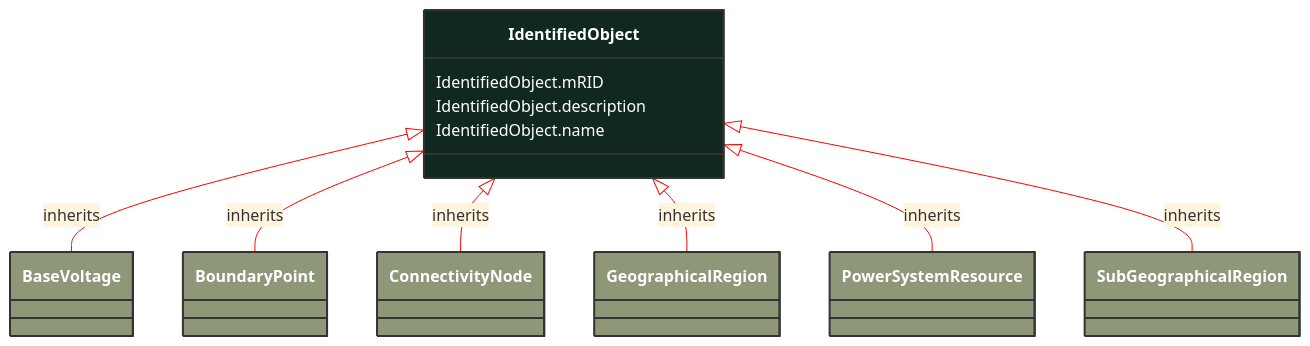
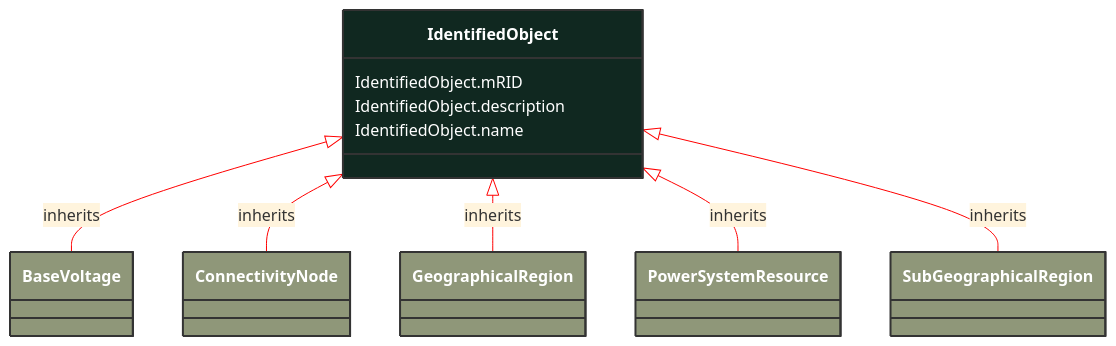
The diagram in docs/Models/Profiles/Telemark-120BoundaryModel/AbstractClasses/IdentifiedObject.md (3lbits/NoCIMExtensions), drawn with Mermaid before and after one commit. The commit also changed 50 other files, not shown here.

````diff
--- a/docs/Models/Profiles/Telemark-120BoundaryModel/AbstractClasses/IdentifiedObject.md
+++ b/docs/Models/Profiles/Telemark-120BoundaryModel/AbstractClasses/IdentifiedObject.md
@@ -10,49 +10,43 @@
 ```mermaid
 %%{init: {'theme':'base','themeVariables': {'lineColor': '#FF0000'}}}%%
 classDiagram
     class IdentifiedObject
     click IdentifiedObject href "/Models/Profiles/Telemark-120BoundaryModel/AbstractClasses/IdentifiedObject/"
     style IdentifiedObject fill:#102820,stroke:#333,stroke-width:2px,rx:10,ry:10,color:white
 
         IdentifiedObject <|-- BaseVoltage : inherits
 
         BaseVoltage
             click BaseVoltage href "/Models/Profiles/Telemark-120BoundaryModel/ConcreteClasses/BaseVoltage/"
             style BaseVoltage fill:#8F9779,stroke:#333,stroke-width:2px,rx:10,ry:10,color:white
-
-        IdentifiedObject <|-- BoundaryPoint : inherits
-
-        BoundaryPoint
-            click BoundaryPoint href "/Models/Profiles/Telemark-120BoundaryModel/ConcreteClasses/BoundaryPoint/"
-            style BoundaryPoint fill:#8F9779,stroke:#333,stroke-width:2px,rx:10,ry:10,color:white
 
         IdentifiedObject <|-- ConnectivityNode : inherits
 
         ConnectivityNode
             click ConnectivityNode href "/Models/Profiles/Telemark-120BoundaryModel/ConcreteClasses/ConnectivityNode/"
             style ConnectivityNode fill:#8F9779,stroke:#333,stroke-width:2px,rx:10,ry:10,color:white
 
         IdentifiedObject <|-- GeographicalRegion : inherits
 
         GeographicalRegion
             click GeographicalRegion href "/Models/Profiles/Telemark-120BoundaryModel/ConcreteClasses/GeographicalRegion/"
             style GeographicalRegion fill:#8F9779,stroke:#333,stroke-width:2px,rx:10,ry:10,color:white
 
         IdentifiedObject <|-- PowerSystemResource : inherits
 
         PowerSystemResource
             click PowerSystemResource href "/Models/Profiles/Telemark-120BoundaryModel/AbstractClasses/PowerSystemResource/"
             style PowerSystemResource fill:#8F9779,stroke:#333,stroke-width:2px,rx:10,ry:10,color:white
 
         IdentifiedObject <|-- SubGeographicalRegion : inherits
 
         SubGeographicalRegion
             click SubGeographicalRegion href "/Models/Profiles/Telemark-120BoundaryModel/ConcreteClasses/SubGeographicalRegion/"
             style SubGeographicalRegion fill:#8F9779,stroke:#333,stroke-width:2px,rx:10,ry:10,color:white
 
 
 
         IdentifiedObject : IdentifiedObject.mRID
         IdentifiedObject : IdentifiedObject.description
         IdentifiedObject : IdentifiedObject.name
 ```
````
